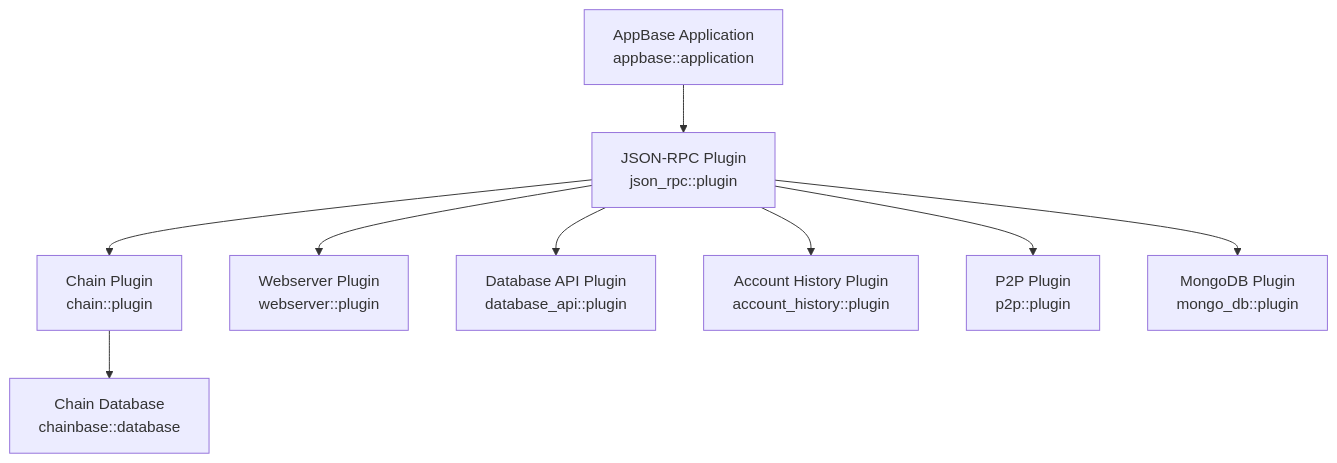
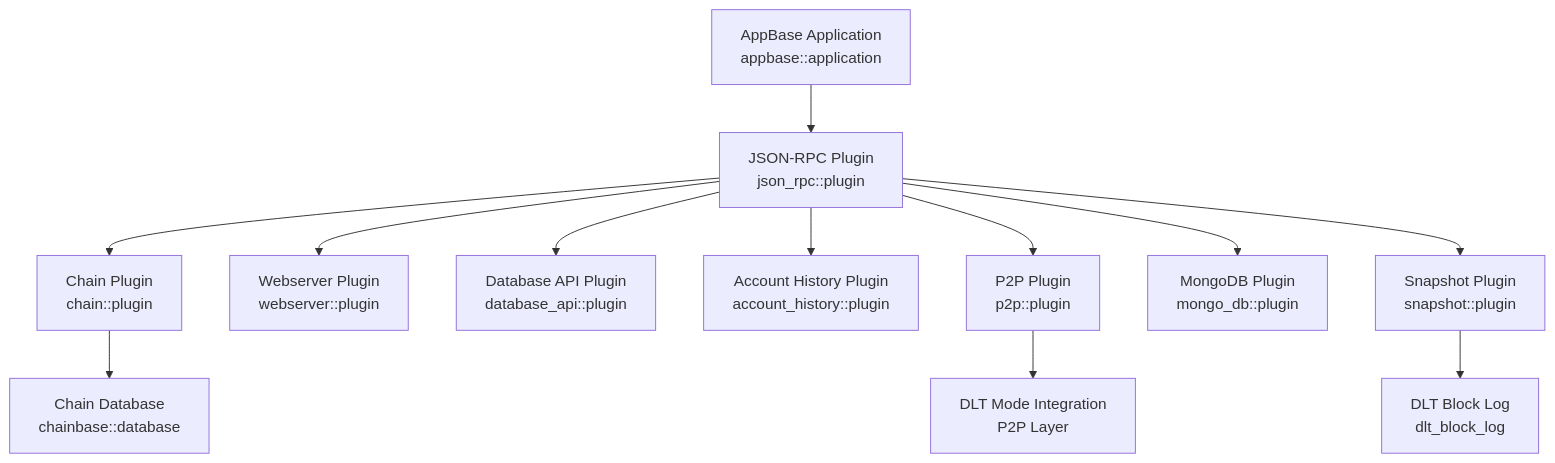
One commit to VIZ-Blockchain/viz-cpp-node changed the first of 17 diagrams in .qoder/repowiki/en/content/Plugin System/Plugin System.md. Above: the diagram before and after it, drawn with Mermaid. The commit also changed other lines of this file and 4 other files, not shown here.

First line of the commit message:
docs(database): enhance database management with DLT mode and error handling

````diff
--- a/.qoder/repowiki/en/content/Plugin System/Plugin System.md
+++ b/.qoder/repowiki/en/content/Plugin System/Plugin System.md
@@ -51,11 +58,14 @@
 ```mermaid
 graph TB
 A["AppBase Application<br/>appbase::application"] --> B["JSON-RPC Plugin<br/>json_rpc::plugin"]
 B --> C["Chain Plugin<br/>chain::plugin"]
 B --> D["Webserver Plugin<br/>webserver::plugin"]
 B --> E["Database API Plugin<br/>database_api::plugin"]
 B --> F["Account History Plugin<br/>account_history::plugin"]
 B --> G["P2P Plugin<br/>p2p::plugin"]
 B --> H["MongoDB Plugin<br/>mongo_db::plugin"]
-C --> I["Chain Database<br/>chainbase::database"]
+B --> I["Snapshot Plugin<br/>snapshot::plugin"]
+C --> J["Chain Database<br/>chainbase::database"]
+I --> K["DLT Block Log<br/>dlt_block_log"]
+G --> L["DLT Mode Integration<br/>P2P Layer"]
 ```
````
